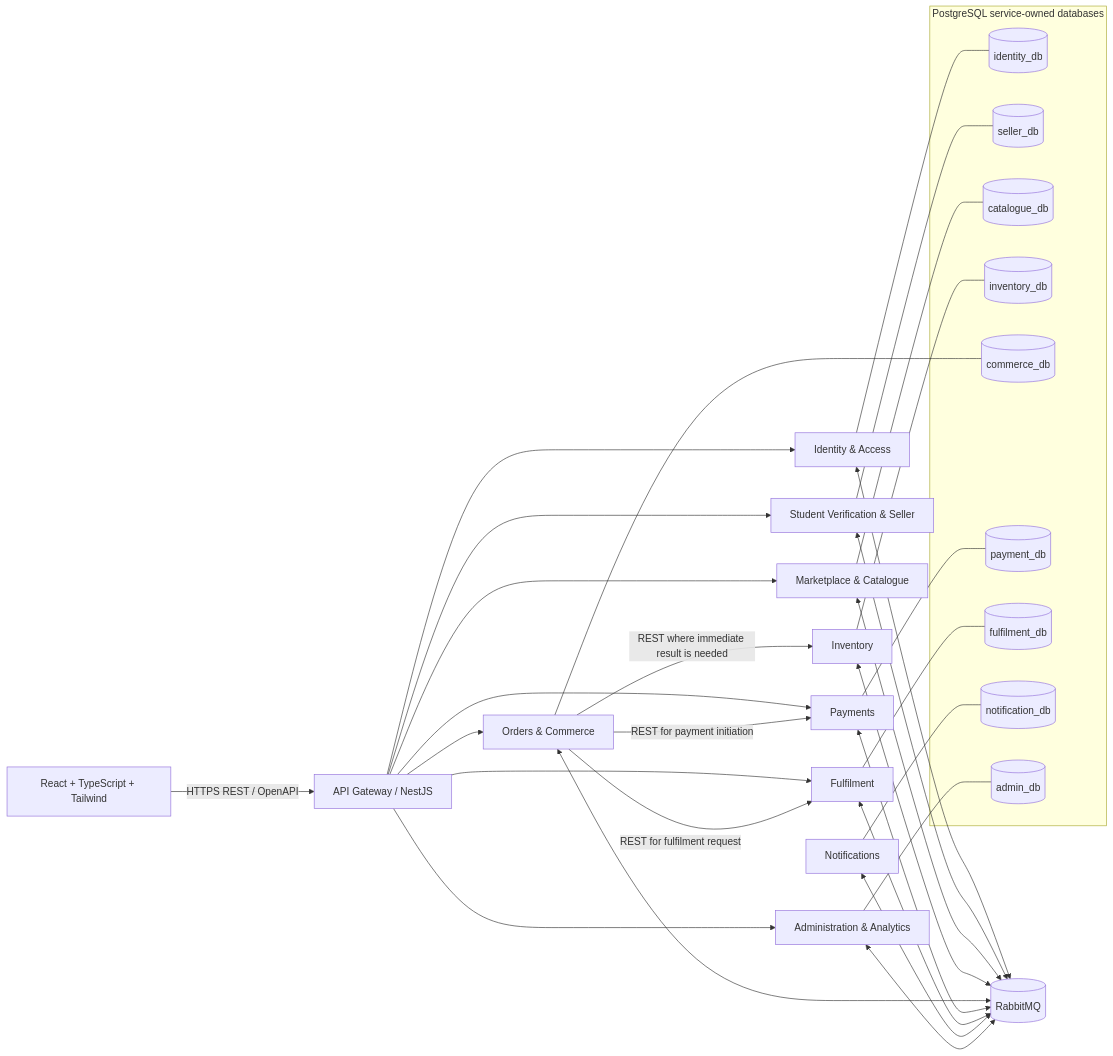
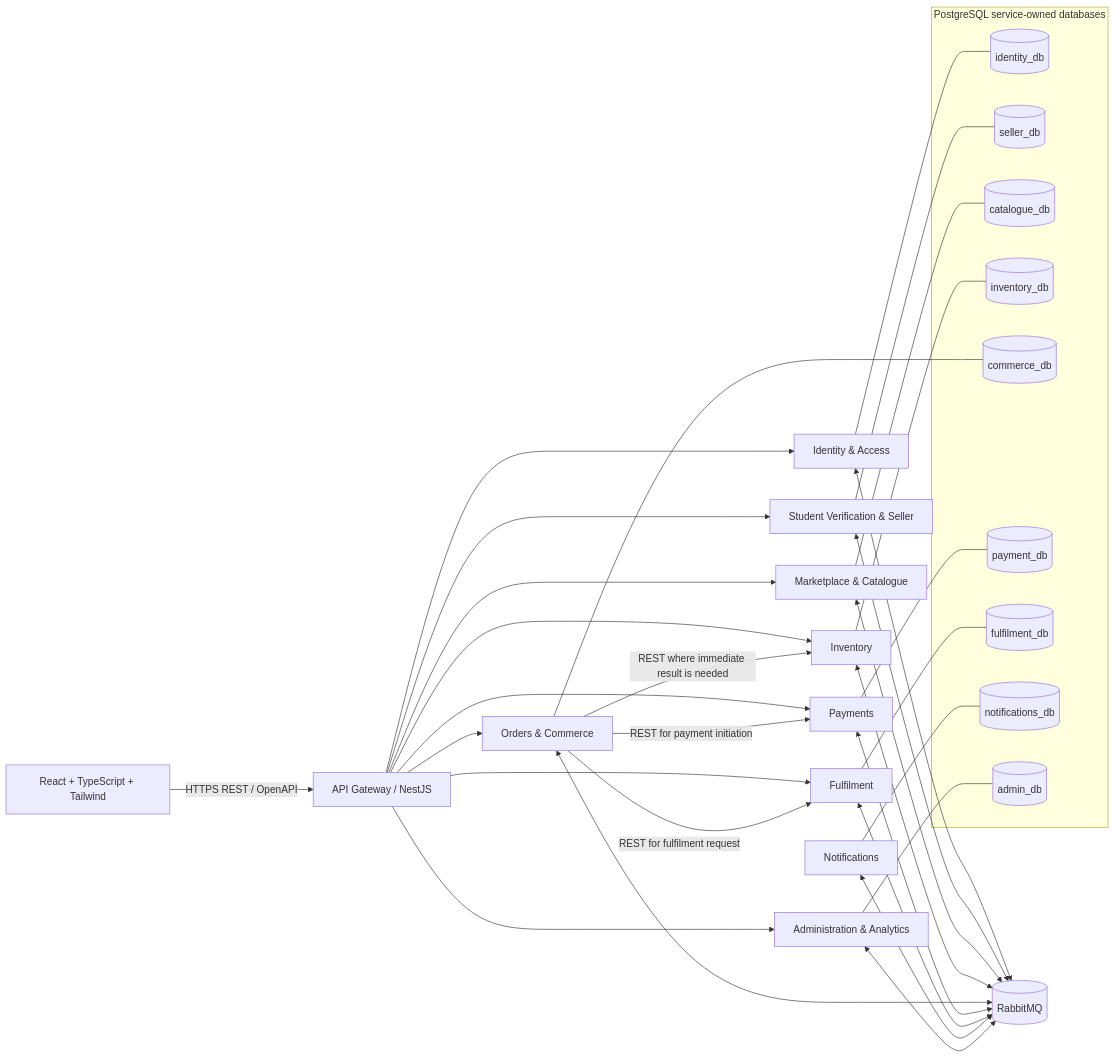
One commit to norbzCk/Uni_sokolink changed the diagram in docs/architecture/ARCHITECTURE.md. Above: the diagram before and after it, drawn with Mermaid. The commit also changed other lines of this file and 37 other files, not shown here.

````diff
--- a/docs/architecture/ARCHITECTURE.md
+++ b/docs/architecture/ARCHITECTURE.md
@@ -9,55 +9,56 @@
 ```mermaid
 flowchart LR
   Browser[React + TypeScript + Tailwind]
   Edge[API Gateway / NestJS]
   Identity[Identity & Access]
   Seller[Student Verification & Seller]
   Catalog[Marketplace & Catalogue]
   Inventory[Inventory]
   Commerce[Orders & Commerce]
   Payment[Payments]
   Fulfilment[Fulfilment]
   Notify[Notifications]
   Admin[Administration & Analytics]
   Broker[(RabbitMQ)]
   subgraph PG[PostgreSQL service-owned databases]
     D1[(identity_db)]
     D2[(seller_db)]
     D3[(catalogue_db)]
     D4[(inventory_db)]
     D5[(commerce_db)]
     D6[(payment_db)]
     D7[(fulfilment_db)]
-    D8[(notification_db)]
+    D8[(notifications_db)]
     D9[(admin_db)]
   end
   Browser -->|HTTPS REST / OpenAPI| Edge
   Edge --> Identity
   Edge --> Seller
   Edge --> Catalog
+  Edge --> Inventory
   Edge --> Commerce
   Edge --> Payment
   Edge --> Fulfilment
   Edge --> Admin
   Identity --- D1
   Seller --- D2
   Catalog --- D3
   Inventory --- D4
   Commerce --- D5
   Payment --- D6
   Fulfilment --- D7
   Notify --- D8
   Admin --- D9
   Identity <--> Broker
   Seller <--> Broker
   Catalog <--> Broker
   Inventory <--> Broker
   Commerce <--> Broker
   Payment <--> Broker
   Fulfilment <--> Broker
   Notify <--> Broker
   Admin <--> Broker
   Commerce -->|REST where immediate result is needed| Inventory
   Commerce -->|REST for payment initiation| Payment
   Commerce -->|REST for fulfilment request| Fulfilment
 ```
````
